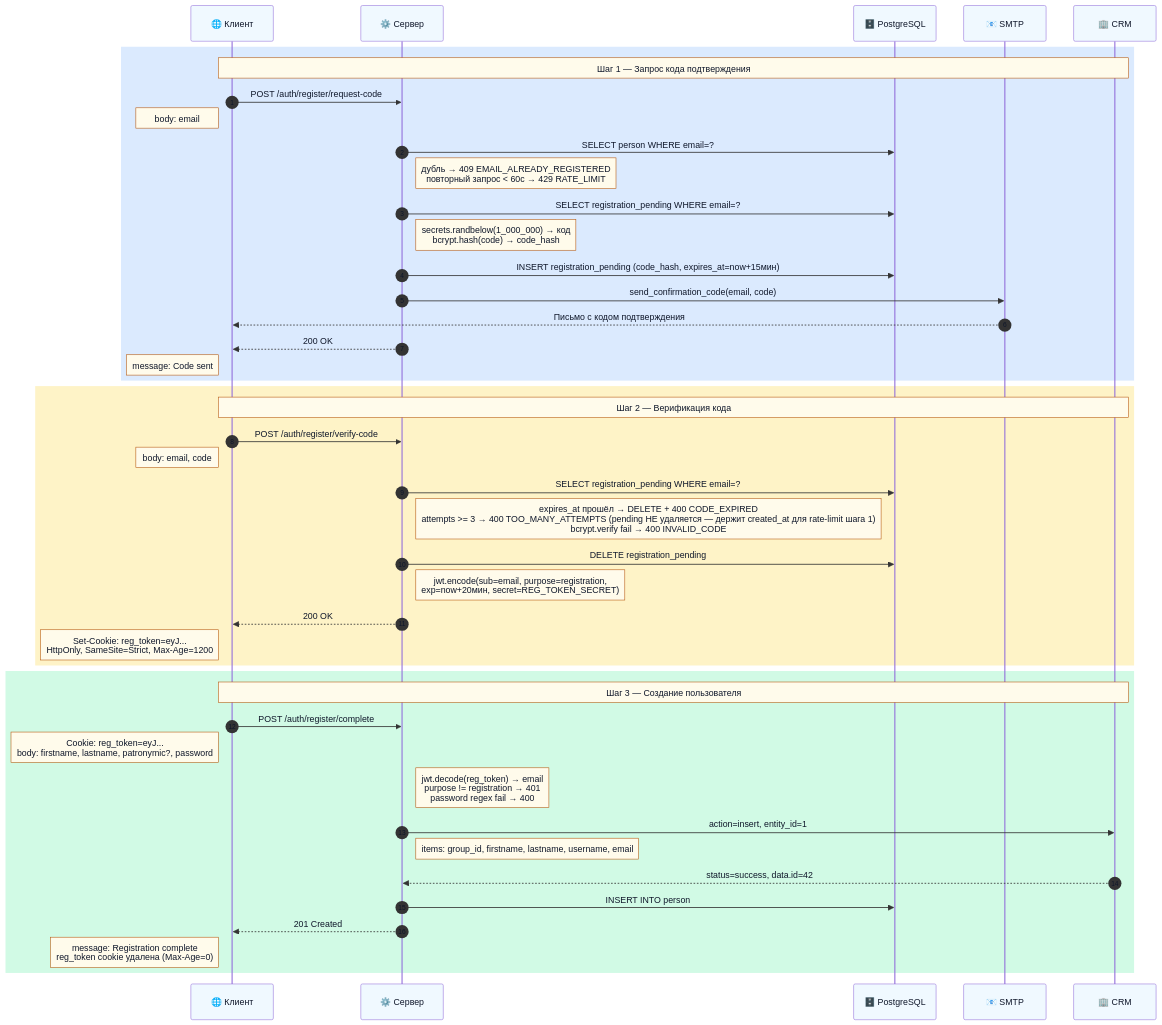
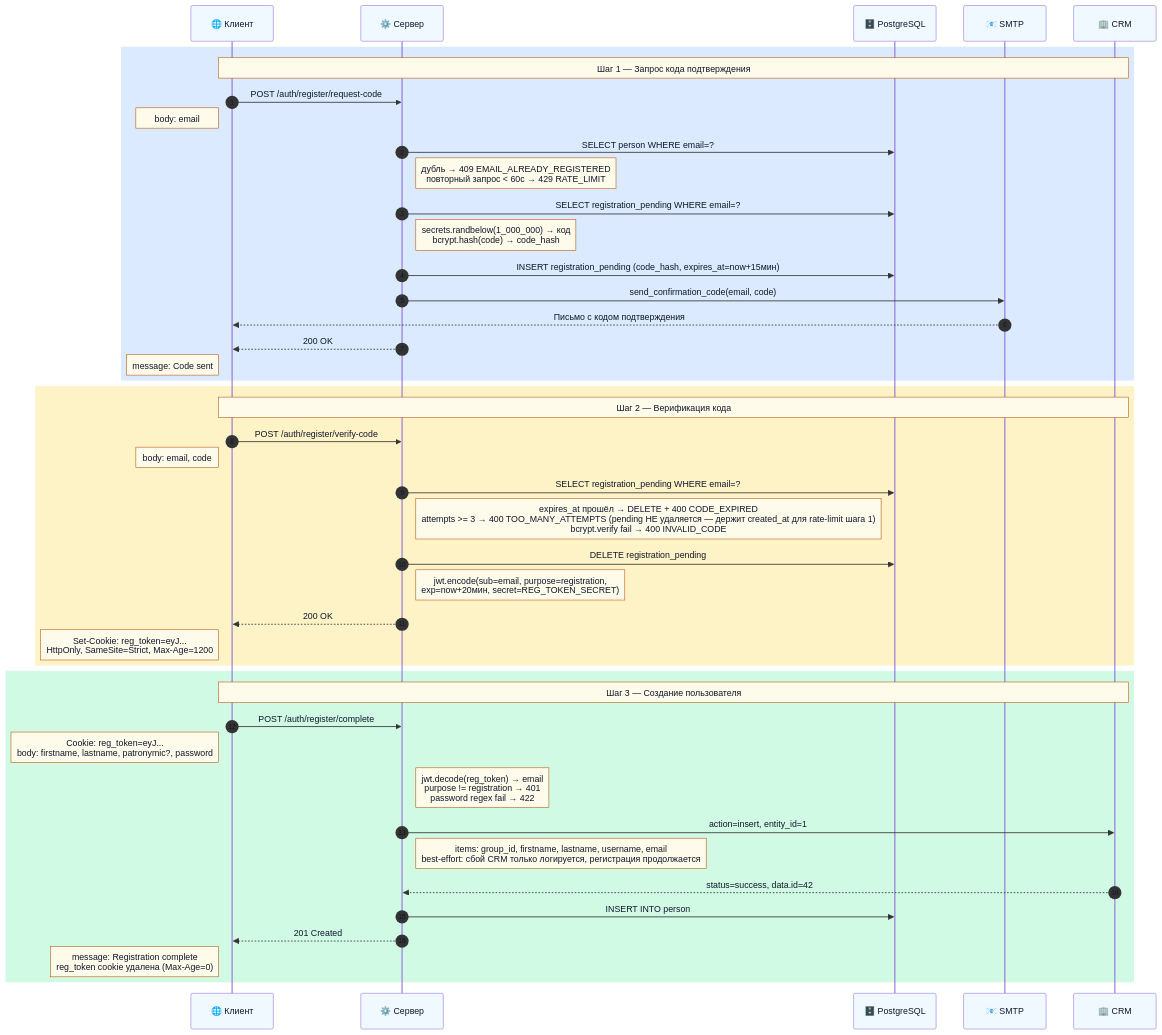
Before and after one commit to bodyauza/task-manager: the sixth of 7 diagrams in README.md, drawn with Mermaid. The commit also changed other lines of this file and 137 other files, not shown here.

````diff
--- a/README.md
+++ b/README.md
@@ -133,50 +355,50 @@
 ```mermaid
 %%{init: {'theme': 'default', 'themeVariables': {'noteTextColor': '#0f172a', 'noteBkgColor': '#fffbeb', 'noteBorderColor': '#b45309', 'signalTextColor': '#0f172a', 'actorTextColor': '#0f172a', 'actorBkg': '#f0f9ff', 'actorBorderColor': '#0284c7', 'labelTextColor': '#0f172a', 'sequenceNumberColor': '#0f172a'}}}%%
 sequenceDiagram
     autonumber
     participant C as 🌐 Клиент
     participant S as ⚙️ Сервер
     participant D as 🗄️ PostgreSQL
     participant M as 📧 SMTP
     participant R as 🏢 CRM
 
     rect rgb(219, 234, 254)
         Note over C,R: Шаг 1 — Запрос кода подтверждения
         C->>S: POST /auth/register/request-code
         Note left of C: body: email
         S->>D: SELECT person WHERE email=?
         Note right of S: дубль → 409 EMAIL_ALREADY_REGISTERED<br/>повторный запрос < 60с → 429 RATE_LIMIT
         S->>D: SELECT registration_pending WHERE email=?
         Note right of S: secrets.randbelow(1_000_000) → код<br/>bcrypt.hash(code) → code_hash
         S->>D: INSERT registration_pending (code_hash, expires_at=now+15мин)
         S->>M: send_confirmation_code(email, code)
         M-->>C: Письмо с кодом подтверждения
         S-->>C: 200 OK
         Note left of C: message: Code sent
     end
 
     rect rgb(254, 243, 199)
         Note over C,R: Шаг 2 — Верификация кода
         C->>S: POST /auth/register/verify-code
         Note left of C: body: email, code
         S->>D: SELECT registration_pending WHERE email=?
         Note right of S: expires_at прошёл → DELETE + 400 CODE_EXPIRED<br/>attempts >= 3 → 400 TOO_MANY_ATTEMPTS (pending НЕ удаляется — держит created_at для rate-limit шага 1)<br/>bcrypt.verify fail → 400 INVALID_CODE
         S->>D: DELETE registration_pending
         Note right of S: jwt.encode(sub=email, purpose=registration,<br/>exp=now+20мин, secret=REG_TOKEN_SECRET)
         S-->>C: 200 OK
         Note left of C: Set-Cookie: reg_token=eyJ...<br/>HttpOnly, SameSite=Strict, Max-Age=1200
     end
 
     rect rgb(209, 250, 229)
         Note over C,R: Шаг 3 — Создание пользователя
         C->>S: POST /auth/register/complete
         Note left of C: Cookie: reg_token=eyJ...<br/>body: firstname, lastname, patronymic?, password
-        Note right of S: jwt.decode(reg_token) → email<br/>purpose != registration → 401<br/>password regex fail → 400
+        Note right of S: jwt.decode(reg_token) → email<br/>purpose != registration → 401<br/>password regex fail → 422
         S->>R: action=insert, entity_id=1
-        Note right of S: items: group_id, firstname, lastname, username, email
+        Note right of S: items: group_id, firstname, lastname, username, email<br/>best-effort: сбой CRM только логируется, регистрация продолжается
         R-->>S: status=success, data.id=42
         S->>D: INSERT INTO person
         S-->>C: 201 Created
         Note left of C: message: Registration complete<br/>reg_token cookie удалена (Max-Age=0)
     end
 ```
````
